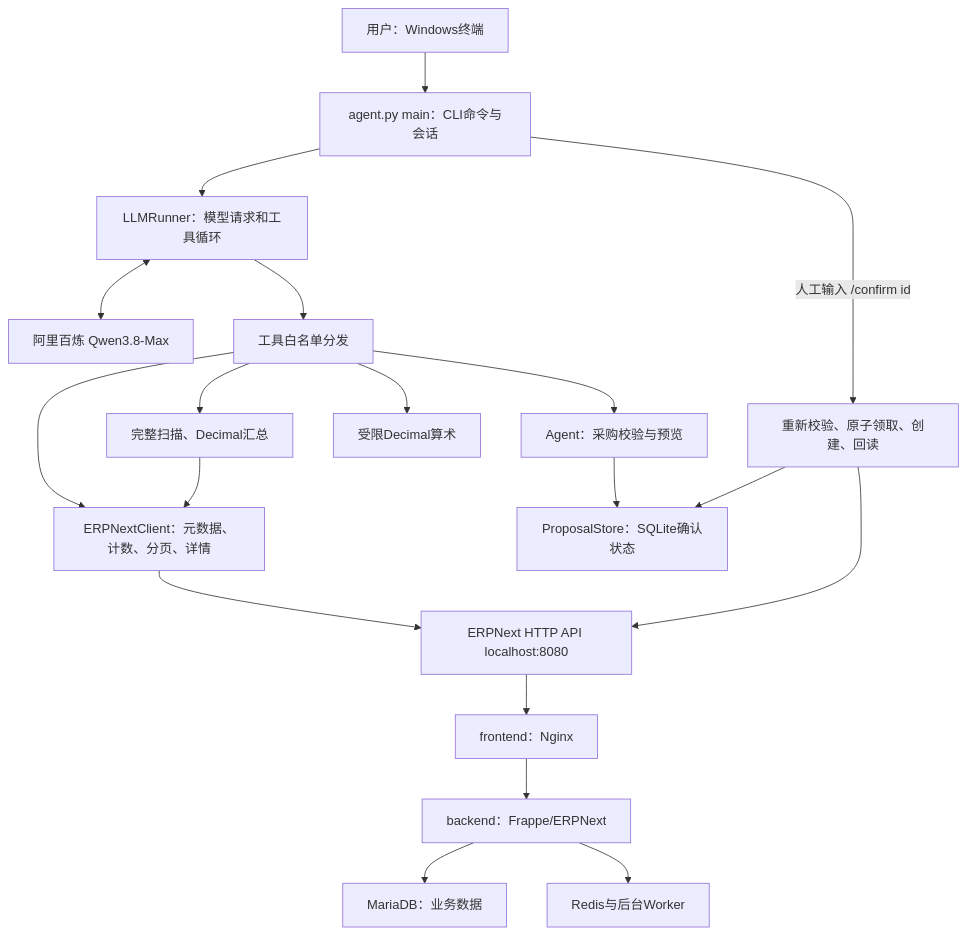
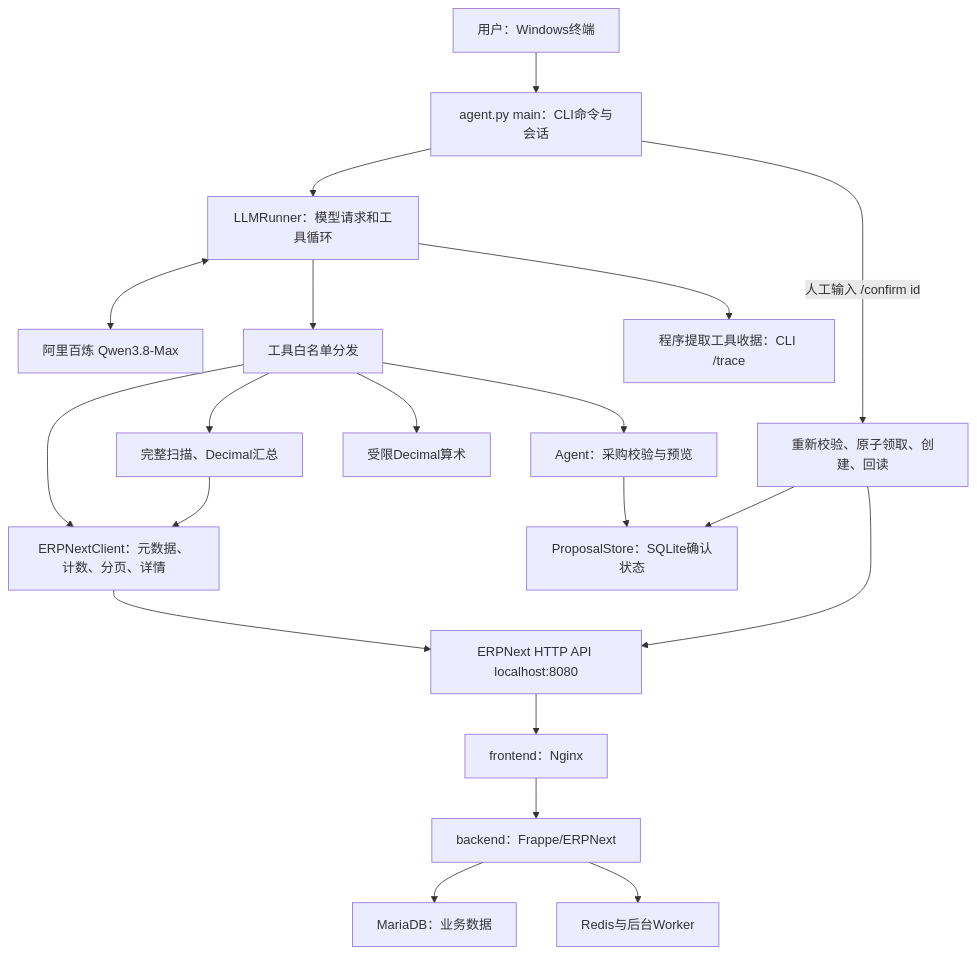
Before and after one commit to chengzhideng2026/gonghe-homework: the diagram in ARCHITECTURE.md, drawn with Mermaid. The commit also changed other lines of this file and 10 other files, not shown here.

````diff
--- a/ARCHITECTURE.md
+++ b/ARCHITECTURE.md
@@ -11,21 +19,22 @@
 ```mermaid
 flowchart TD
     User[用户：Windows终端] --> CLI[agent.py main：CLI命令与会话]
     CLI --> Runner[LLMRunner：模型请求和工具循环]
     Runner <--> Qwen[阿里百炼 Qwen3.8-Max]
     Runner --> Dispatch[工具白名单分发]
+    Runner --> Receipt[程序提取工具收据：CLI /trace]
     Dispatch --> Read[ERPNextClient：元数据、计数、分页、详情]
     Dispatch --> Agg[完整扫描、Decimal汇总]
     Dispatch --> Calc[受限Decimal算术]
     Dispatch --> Preview[Agent：采购校验与预览]
     Preview --> Journal[ProposalStore：SQLite确认状态]
     CLI -->|人工输入 /confirm id| Confirm[重新校验、原子领取、创建、回读]
     Confirm --> Journal
     Confirm --> ERPAPI[ERPNext HTTP API localhost:8080]
     Read --> ERPAPI
     Agg --> Read
     ERPAPI --> Nginx[frontend：Nginx]
     Nginx --> Frappe[backend：Frappe/ERPNext]
     Frappe --> DB[MariaDB：业务数据]
     Frappe --> Redis[Redis与后台Worker]
 ```
````
